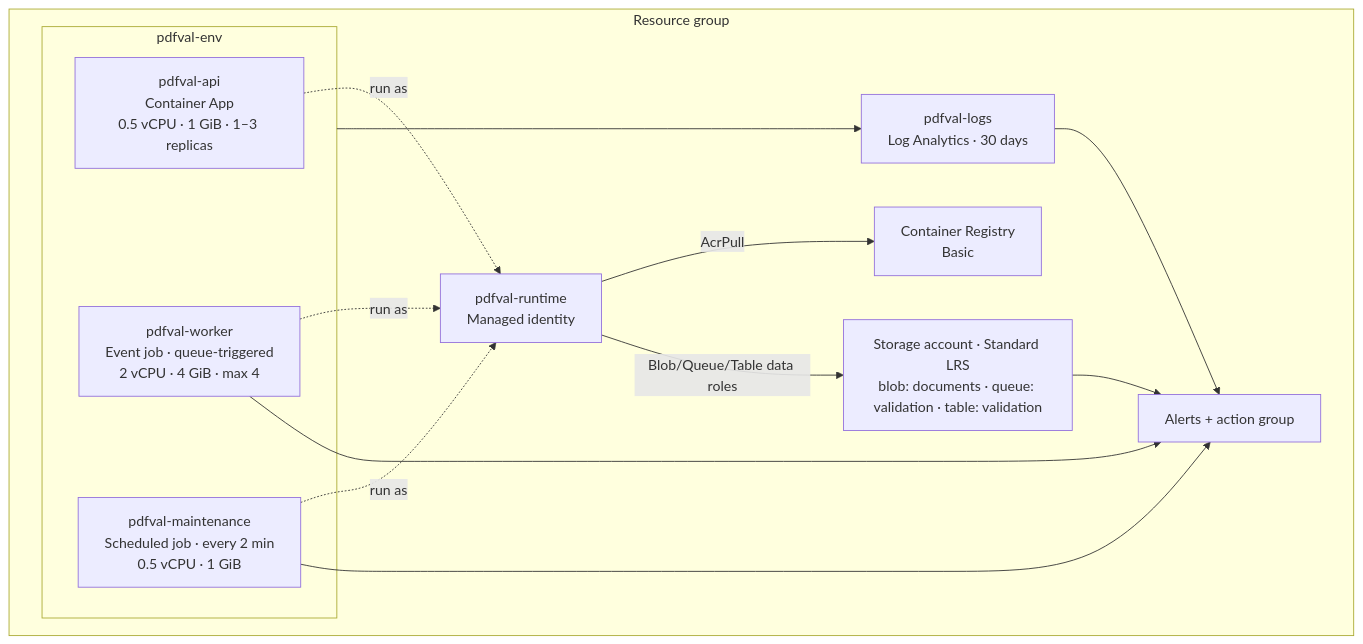
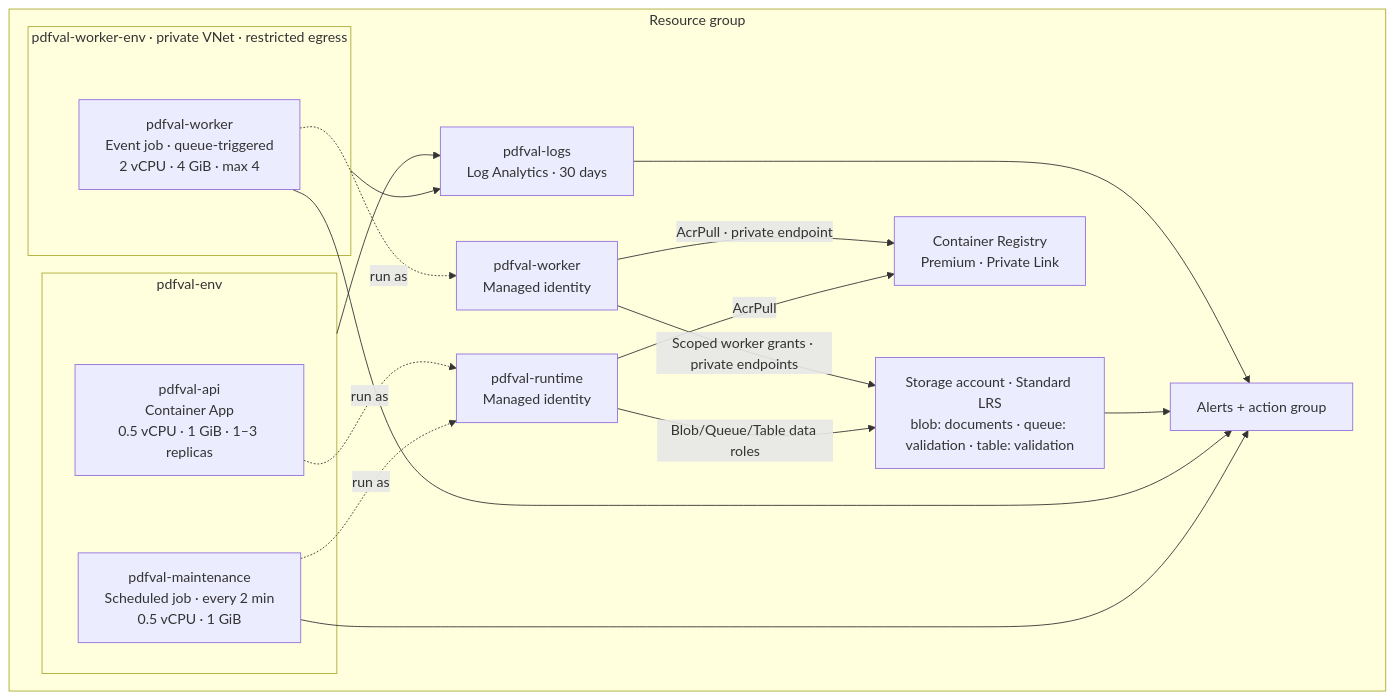
One commit to ivanbueno/portal-pdf-validation changed the fourth of 4 diagrams in docs/how-it-works.md. Above: the diagram before and after it, drawn with Mermaid. The commit also changed other lines of this file and 27 other files, not shown here.

````diff
--- a/docs/how-it-works.md
+++ b/docs/how-it-works.md
@@ -83,20 +84,26 @@
 ```mermaid
 flowchart TB
     subgraph RG["Resource group"]
         subgraph ENV["pdfval-env"]
             API["pdfval-api<br/>Container App<br/>0.5 vCPU · 1 GiB · 1–3 replicas"]
-            W["pdfval-worker<br/>Event job · queue-triggered<br/>2 vCPU · 4 GiB · max 4"]
             M["pdfval-maintenance<br/>Scheduled job · every 2 min<br/>0.5 vCPU · 1 GiB"]
         end
+        subgraph WENV["pdfval-worker-env · private VNet · restricted egress"]
+            W["pdfval-worker<br/>Event job · queue-triggered<br/>2 vCPU · 4 GiB · max 4"]
+        end
+        WID["pdfval-worker<br/>Managed identity"]
         ID["pdfval-runtime<br/>Managed identity"]
-        ACR["Container Registry<br/>Basic"]
+        ACR["Container Registry<br/>Premium · Private Link"]
         ST["Storage account · Standard LRS<br/>blob: documents · queue: validation · table: validation"]
         LOG["pdfval-logs<br/>Log Analytics · 30 days"]
         AL["Alerts + action group"]
     end
-    API & W & M -. run as .-> ID
+    API & M -. run as .-> ID
+    W -. run as .-> WID
+    WID -->|Scoped worker grants · private endpoints| ST
+    WID -->|AcrPull · private endpoint| ACR
     ID -->|AcrPull| ACR
     ID -->|Blob/Queue/Table data roles| ST
-    ENV --> LOG
+    ENV & WENV --> LOG
     LOG & ST & W & M --> AL
 ```
````
